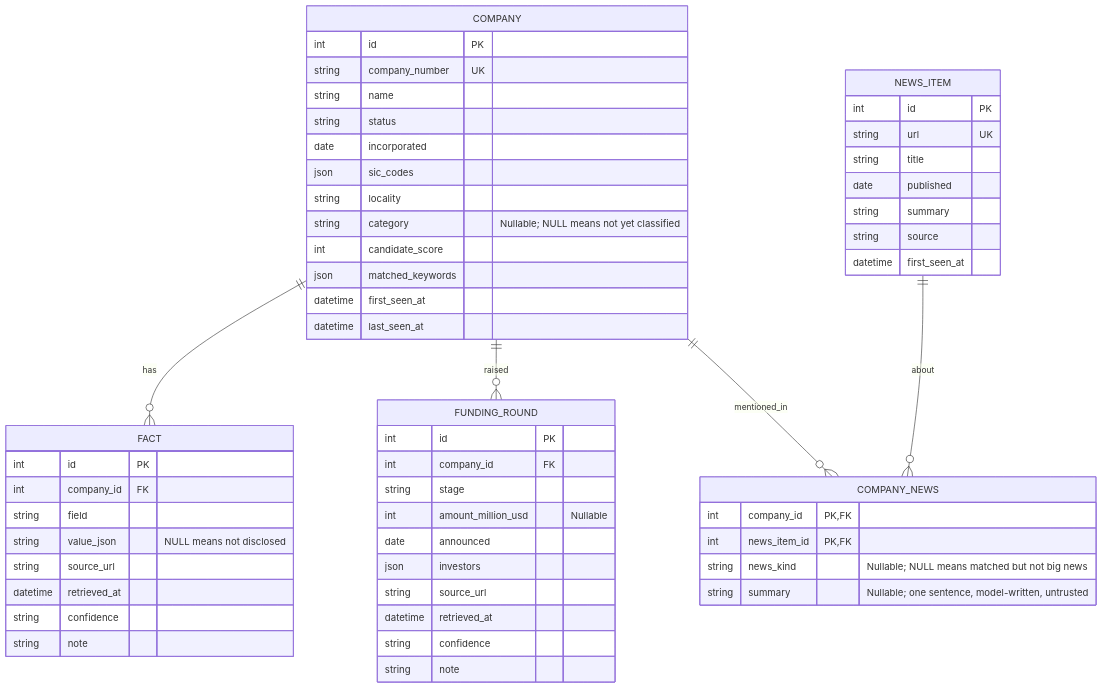
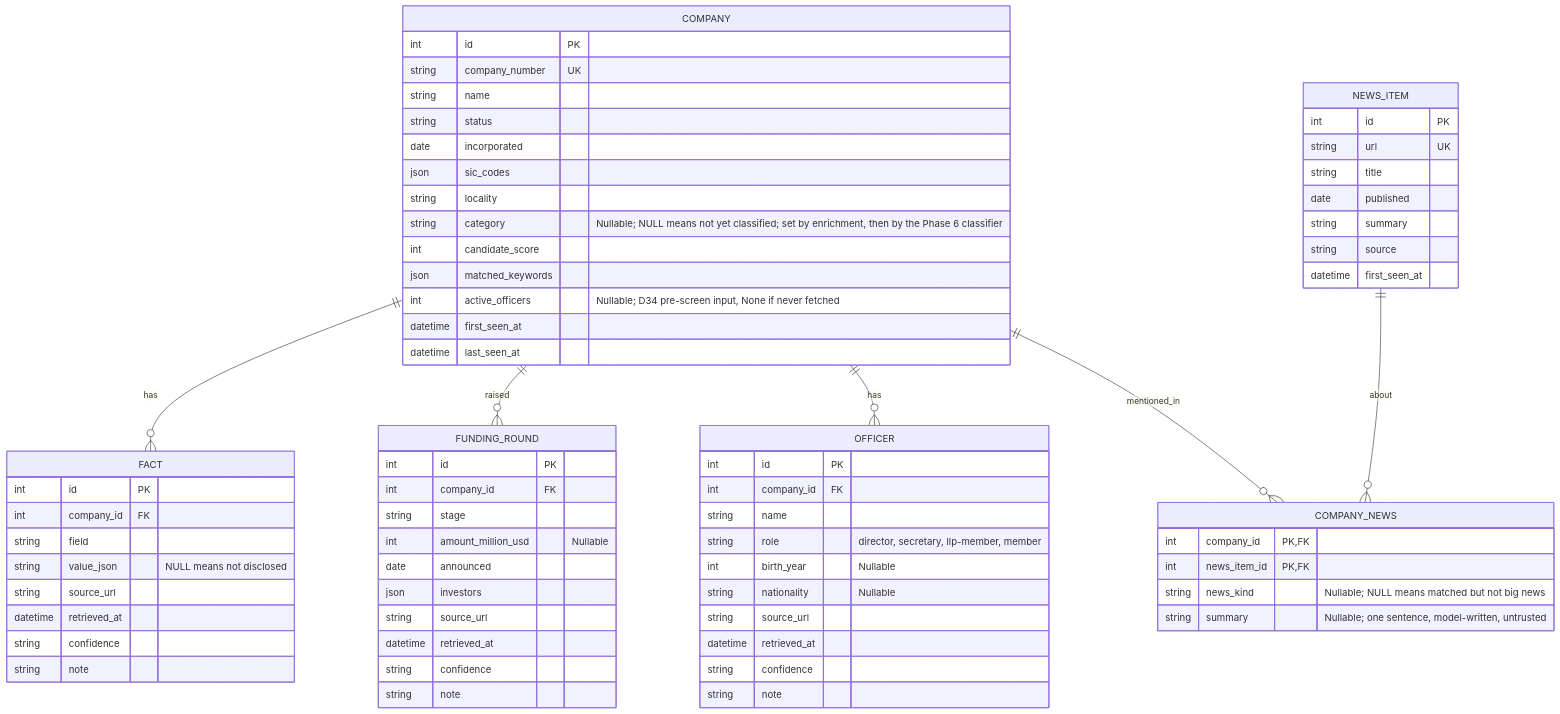
One commit to Farzaanee/sprout changed the first of 2 diagrams in docs/architecture/2. data-model.md. Above: the diagram before and after it, drawn with Mermaid. The commit also changed other lines of this file and 14 other files, not shown here.

Commit message:
update architecture docs for phase 6 - Multi-agent pipeline at scale

````diff
--- a/docs/architecture/2. data-model.md
+++ b/docs/architecture/2. data-model.md
@@ -7,58 +7,72 @@
 ```mermaid
 erDiagram
     COMPANY ||--o{ FACT : has
     COMPANY ||--o{ FUNDING_ROUND : raised
+    COMPANY ||--o{ OFFICER : has
     COMPANY ||--o{ COMPANY_NEWS : mentioned_in
     NEWS_ITEM ||--o{ COMPANY_NEWS : about
     COMPANY {
         int id PK
         string company_number UK
         string name
         string status
         date incorporated
         json sic_codes
         string locality
-        string category "Nullable; NULL means not yet classified"
+        string category "Nullable; NULL means not yet classified; set by enrichment, then by the Phase 6 classifier"
         int candidate_score
         json matched_keywords
+        int active_officers "Nullable; D34 pre-screen input, None if never fetched"
         datetime first_seen_at
         datetime last_seen_at
     }
     FACT {
         int id PK
         int company_id FK
         string field
         string value_json "NULL means not disclosed"
         string source_url
         datetime retrieved_at
         string confidence
         string note
     }
     FUNDING_ROUND {
         int id PK
         int company_id FK
         string stage
         int amount_million_usd "Nullable"
         date announced
         json investors
         string source_url
         datetime retrieved_at
         string confidence
         string note
     }
+    OFFICER {
+        int id PK
+        int company_id FK
+        string name
+        string role "director, secretary, llp-member, member"
+        int birth_year "Nullable"
+        string nationality "Nullable"
+        string source_url
+        datetime retrieved_at
+        string confidence
+        string note
+    }
     NEWS_ITEM {
         int id PK
         string url UK
         string title
         date published
         string summary
         string source
         datetime first_seen_at
     }
     COMPANY_NEWS {
         int company_id PK, FK
         int news_item_id PK, FK
         string news_kind "Nullable; NULL means matched but not big news"
         string summary "Nullable; one sentence, model-written, untrusted"
     }
 ```
````
